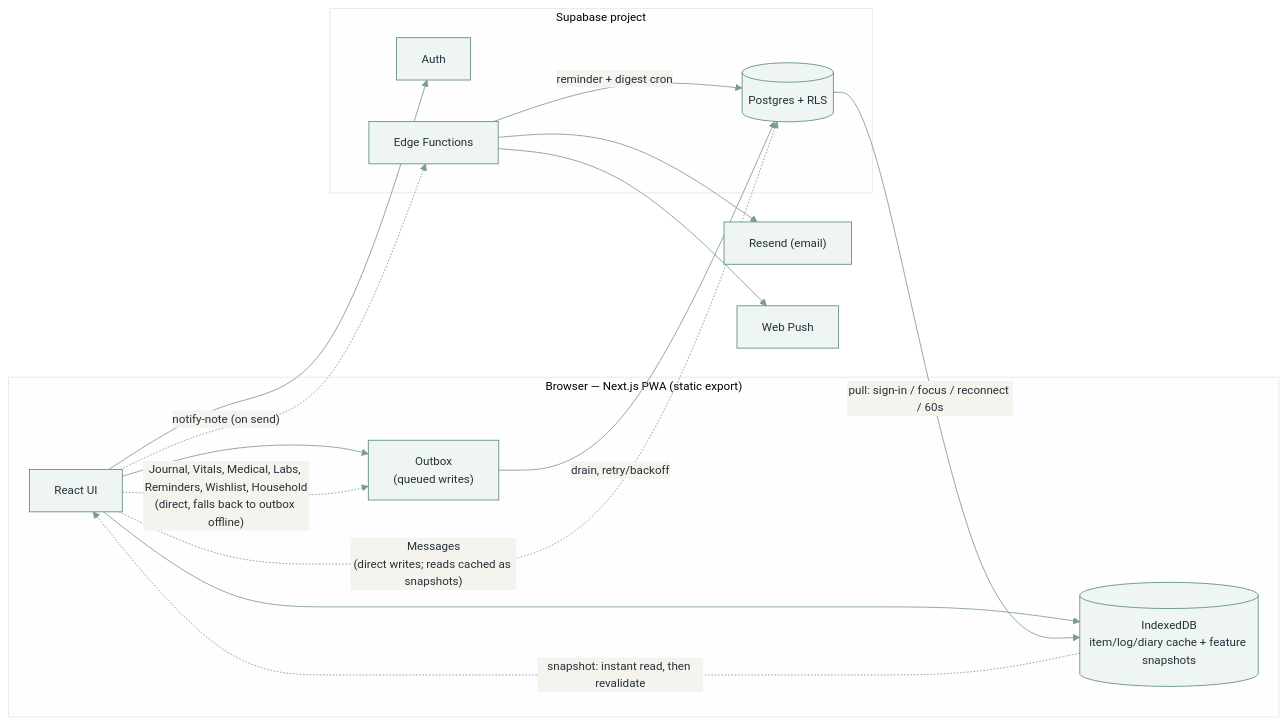
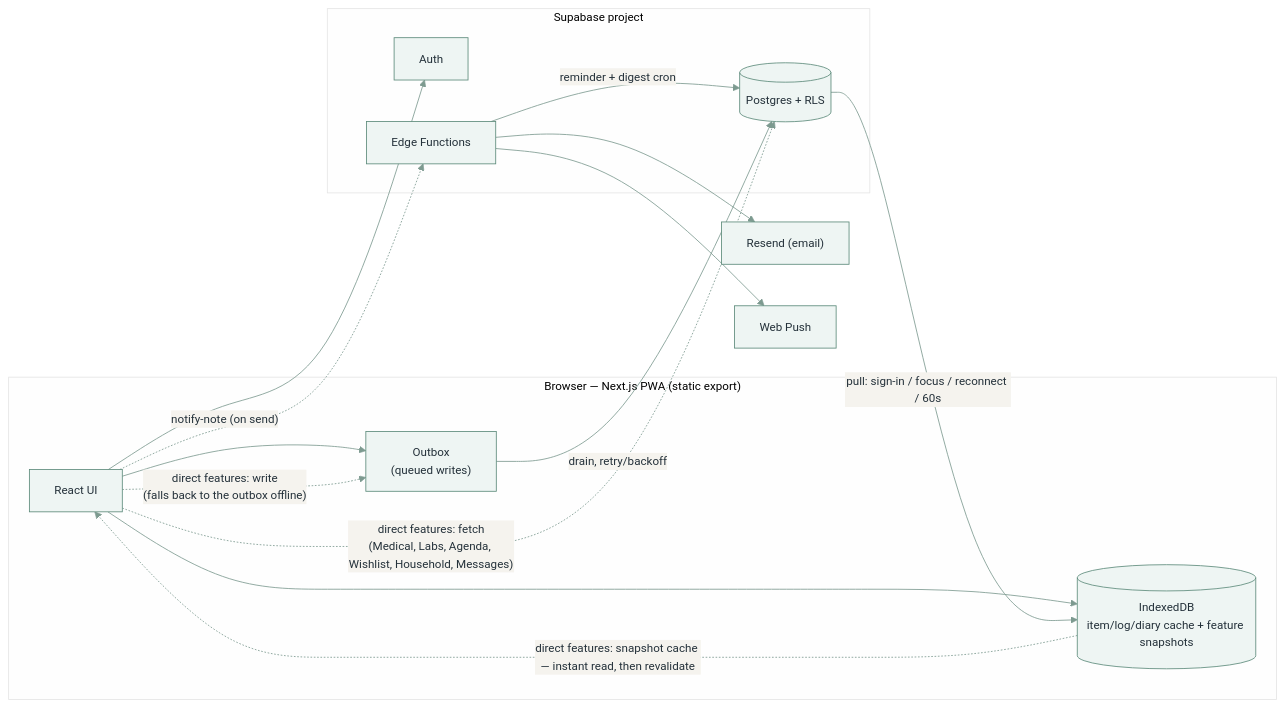
One commit to xxvazquez/health-management changed the diagram in README.md. Above: the diagram before and after it, drawn with Mermaid. The commit also changed other lines of this file and 4 other files, not shown here.

First line of the commit message:
Offline writes for Messages

````diff
--- a/README.md
+++ b/README.md
@@ -110,30 +110,30 @@
 ```mermaid
 %%{init: {"theme": "base", "themeVariables": {
   "primaryColor": "#eef5f3", "primaryBorderColor": "#5c8a7a",
   "primaryTextColor": "#24313a", "lineColor": "#7d9a90",
   "fontFamily": "Inter, -apple-system, sans-serif", "fontSize": "14px"
 }}}%%
 flowchart LR
     subgraph browser["Browser — Next.js PWA (static export)"]
         ui["React UI"]
         idb[("IndexedDB<br/>item/log/diary cache + feature snapshots")]
         outbox["Outbox<br/>(queued writes)"]
         ui --> idb
         ui --> outbox
     end
     subgraph supa["Supabase project"]
         pg[("Postgres + RLS")]
         auth["Auth"]
         ef["Edge Functions"]
     end
     outbox -->|"drain, retry/backoff"| pg
     pg -->|"pull: sign-in / focus / reconnect / 60s"| idb
     ui --> auth
-    ui -.->|"Messages<br/>(direct writes; reads cached as snapshots)"| pg
-    ui -.->|"Journal, Vitals, Medical, Labs, Reminders, Wishlist, Household<br/>(direct, falls back to outbox offline)"| outbox
-    idb -.->|"snapshot: instant read, then revalidate"| ui
+    ui -.->|"direct features: fetch<br/>(Medical, Labs, Agenda, Wishlist, Household, Messages)"| pg
+    ui -.->|"direct features: write<br/>(falls back to the outbox offline)"| outbox
+    idb -.->|"direct features: snapshot cache — instant read, then revalidate"| ui
     ui -.->|"notify-note (on send)"| ef
     ef -->|"reminder + digest cron"| pg
     ef --> resend["Resend (email)"]
     ef --> push["Web Push"]
 ```
````
